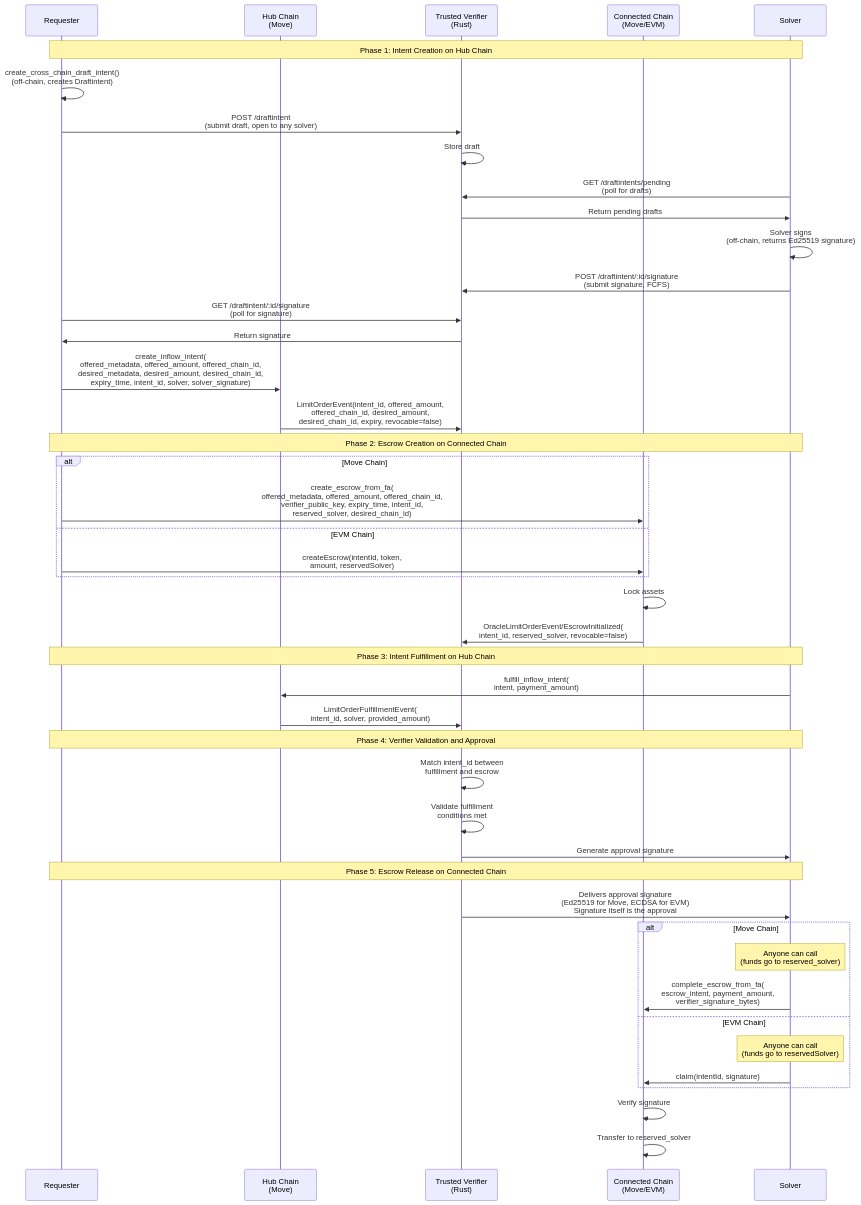
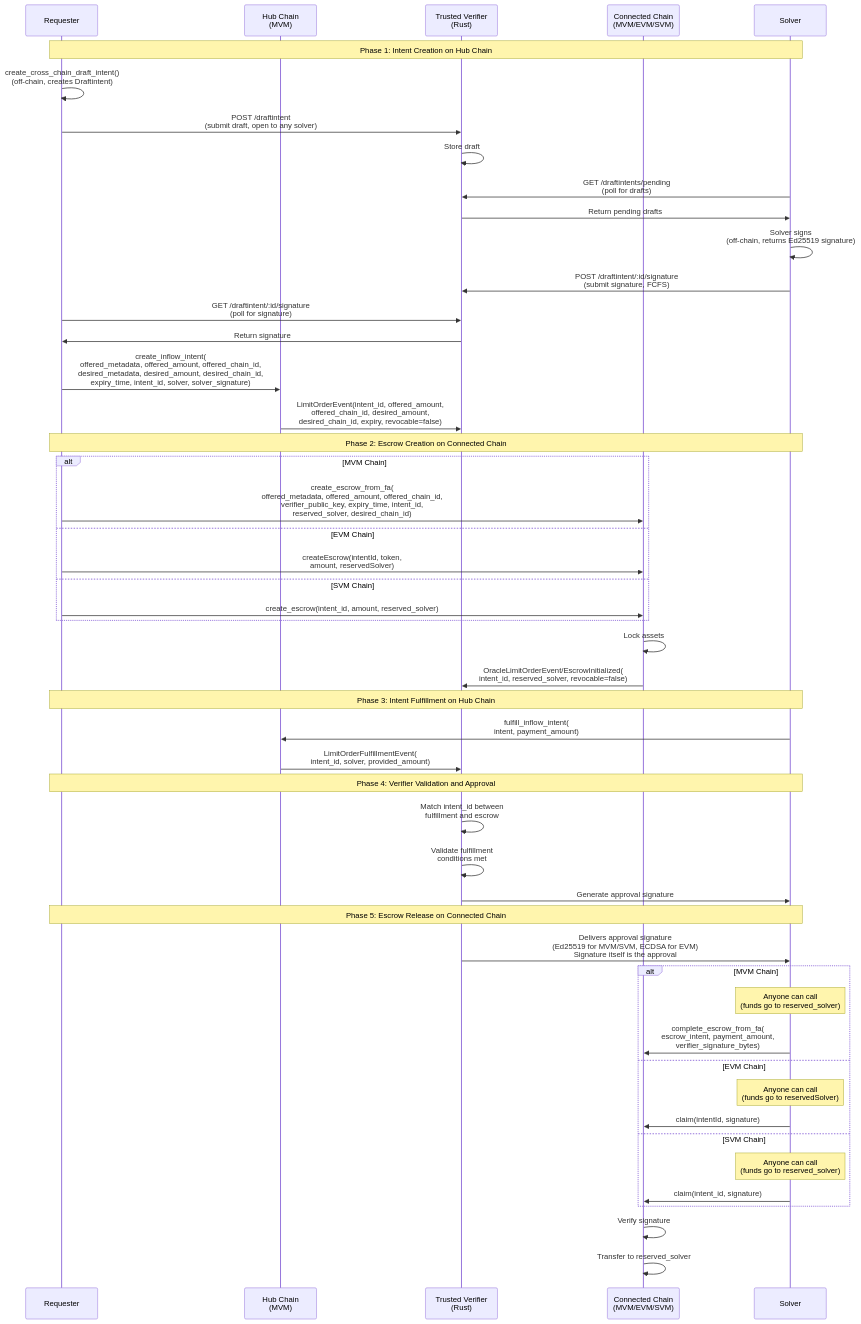
One commit to MoveIndustries/int3nts changed the first of 4 diagrams in docs/protocol.md. Above: the diagram before and after it, drawn with Mermaid. The commit also changed other lines of this file and 19 other files, not shown here.

First line of the commit message:
refactor: reorder solver registry chain params

````diff
--- a/docs/protocol.md
+++ b/docs/protocol.md
@@ -28,51 +28,56 @@
 ```mermaid
 sequenceDiagram
     participant Requester
-    participant Hub as Hub Chain<br/>(Move)
+    participant Hub as Hub Chain<br/>(MVM)
     participant Verifier as Trusted Verifier<br/>(Rust)
-    participant Connected as Connected Chain<br/>(Move/EVM)
+    participant Connected as Connected Chain<br/>(MVM/EVM/SVM)
     participant Solver
 
     Note over Requester,Solver: Phase 1: Intent Creation on Hub Chain
     Requester->>Requester: create_cross_chain_draft_intent()<br/>(off-chain, creates Draftintent)
     Requester->>Verifier: POST /draftintent<br/>(submit draft, open to any solver)
     Verifier->>Verifier: Store draft
     Solver->>Verifier: GET /draftintents/pending<br/>(poll for drafts)
     Verifier->>Solver: Return pending drafts
     Solver->>Solver: Solver signs<br/>(off-chain, returns Ed25519 signature)
     Solver->>Verifier: POST /draftintent/:id/signature<br/>(submit signature, FCFS)
     Requester->>Verifier: GET /draftintent/:id/signature<br/>(poll for signature)
     Verifier->>Requester: Return signature
     Requester->>Hub: create_inflow_intent(<br/>offered_metadata, offered_amount, offered_chain_id,<br/>desired_metadata, desired_amount, desired_chain_id,<br/>expiry_time, intent_id, solver, solver_signature)
     Hub->>Verifier: LimitOrderEvent(intent_id, offered_amount,<br/>offered_chain_id, desired_amount,<br/>desired_chain_id, expiry, revocable=false)
 
     Note over Requester,Solver: Phase 2: Escrow Creation on Connected Chain
-    alt Move Chain
+    alt MVM Chain
         Requester->>Connected: create_escrow_from_fa(<br/>offered_metadata, offered_amount, offered_chain_id,<br/>verifier_public_key, expiry_time, intent_id,<br/>reserved_solver, desired_chain_id)
     else EVM Chain
         Requester->>Connected: createEscrow(intentId, token,<br/>amount, reservedSolver)
+    else SVM Chain
+        Requester->>Connected: create_escrow(intent_id, amount, reserved_solver)
     end
     Connected->>Connected: Lock assets
     Connected->>Verifier: OracleLimitOrderEvent/EscrowInitialized(<br/>intent_id, reserved_solver, revocable=false)
 
     Note over Requester,Solver: Phase 3: Intent Fulfillment on Hub Chain
     Solver->>Hub: fulfill_inflow_intent(<br/>intent, payment_amount)
     Hub->>Verifier: LimitOrderFulfillmentEvent(<br/>intent_id, solver, provided_amount)
 
     Note over Requester,Solver: Phase 4: Verifier Validation and Approval
     Verifier->>Verifier: Match intent_id between<br/>fulfillment and escrow
     Verifier->>Verifier: Validate fulfillment<br/>conditions met
     Verifier->>Solver: Generate approval signature
 
     Note over Requester,Solver: Phase 5: Escrow Release on Connected Chain
-    Verifier->>Solver: Delivers approval signature<br/>(Ed25519 for Move, ECDSA for EVM)<br/>Signature itself is the approval
-    alt Move Chain
+    Verifier->>Solver: Delivers approval signature<br/>(Ed25519 for MVM/SVM, ECDSA for EVM)<br/>Signature itself is the approval
+    alt MVM Chain
         Note over Solver: Anyone can call<br/>(funds go to reserved_solver)
         Solver->>Connected: complete_escrow_from_fa(<br/>escrow_intent, payment_amount,<br/>verifier_signature_bytes)
     else EVM Chain
         Note over Solver: Anyone can call<br/>(funds go to reservedSolver)
         Solver->>Connected: claim(intentId, signature)
+    else SVM Chain
+        Note over Solver: Anyone can call<br/>(funds go to reserved_solver)
+        Solver->>Connected: claim(intent_id, signature)
     end
     Connected->>Connected: Verify signature
     Connected->>Connected: Transfer to reserved_solver
 ```
````
